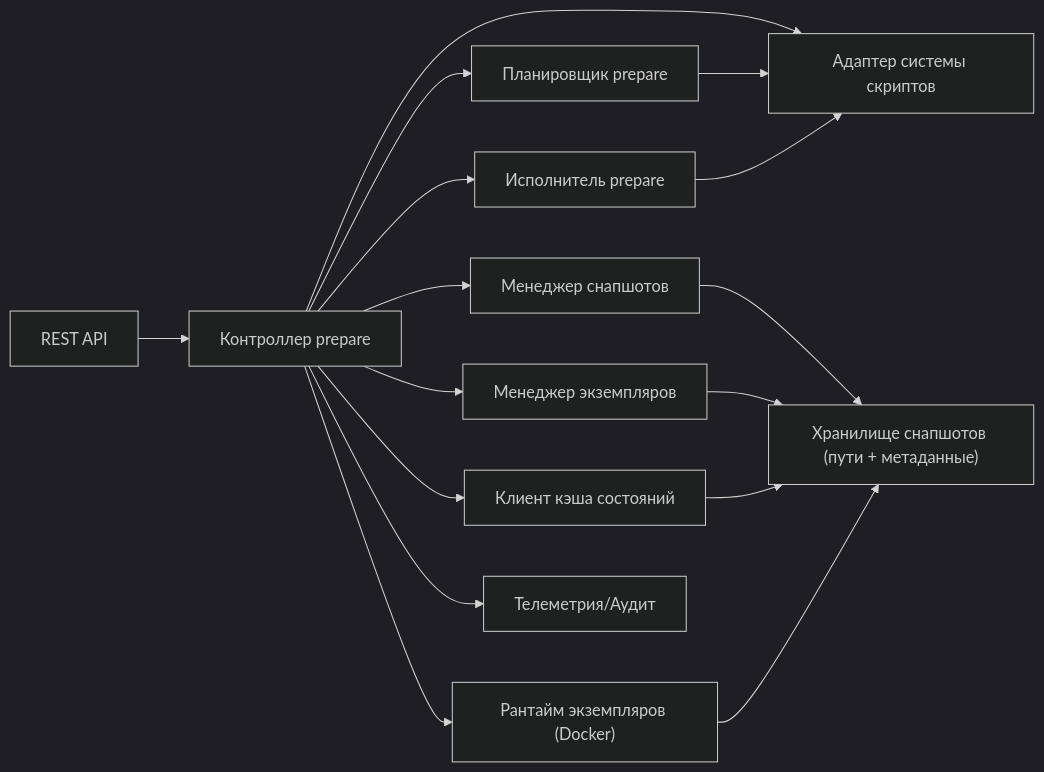
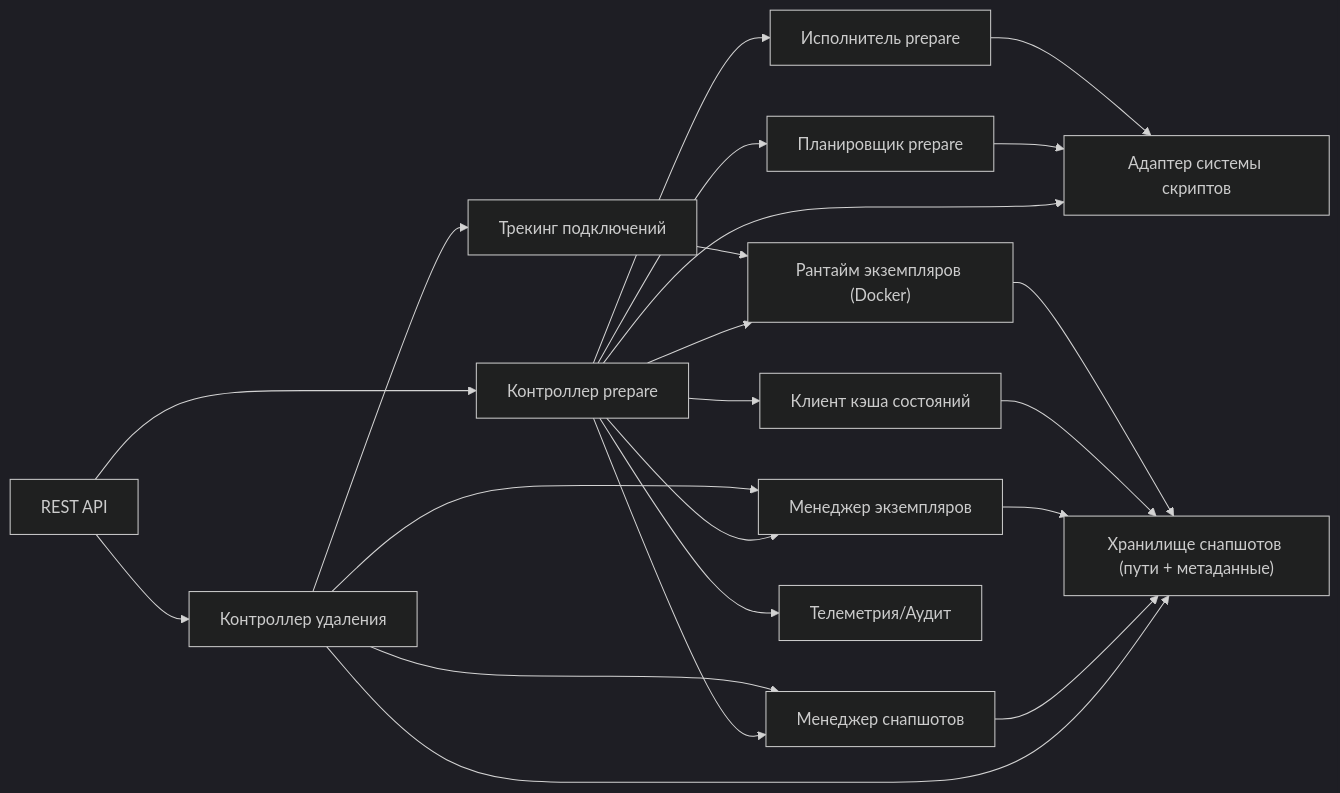
Before and after one commit to kimak-irmagi/taidon: the first of 3 diagrams in docs/architecture/engine-internals.RU.md, drawn with Mermaid (dark theme). The commit also changed other lines of this file and 17 other files, not shown here.

````diff
--- a/docs/architecture/engine-internals.RU.md
+++ b/docs/architecture/engine-internals.RU.md
@@ -7,30 +7,38 @@
 ```mermaid
 flowchart LR
   API[REST API]
   CTRL["Контроллер prepare"]
+  DEL["Контроллер удаления"]
   PLAN["Планировщик prepare"]
   EXEC["Исполнитель prepare"]
   CACHE[Клиент кэша состояний]
   SNAP[Менеджер снапшотов]
   RUNTIME["Рантайм экземпляров (Docker)"]
   ADAPTER["Адаптер системы скриптов"]
   INST["Менеджер экземпляров"]
+  CONN["Трекинг подключений"]
   STORE["Хранилище снапшотов (пути + метаданные)"]
   OBS[Телеметрия/Аудит]
 
   API --> CTRL
+  API --> DEL
   CTRL --> PLAN
   CTRL --> EXEC
   CTRL --> CACHE
   CTRL --> SNAP
   CTRL --> RUNTIME
   CTRL --> ADAPTER
   CTRL --> INST
   CTRL --> OBS
+  DEL --> INST
+  DEL --> SNAP
+  DEL --> STORE
+  DEL --> CONN
   PLAN --> ADAPTER
   EXEC --> ADAPTER
   SNAP --> STORE
   INST --> STORE
   CACHE --> STORE
   RUNTIME --> STORE
+  CONN --> RUNTIME
 ```
````
